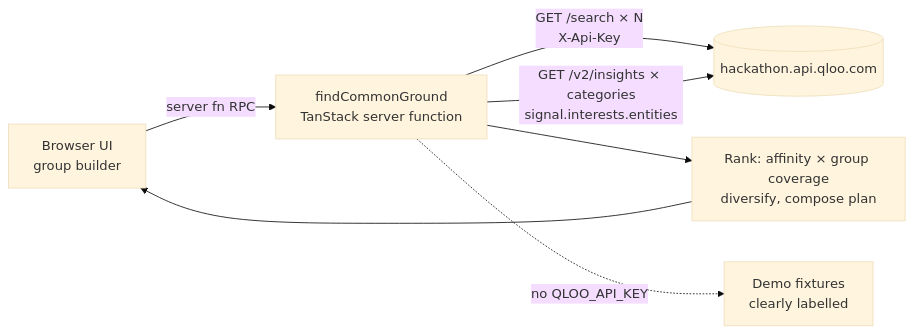
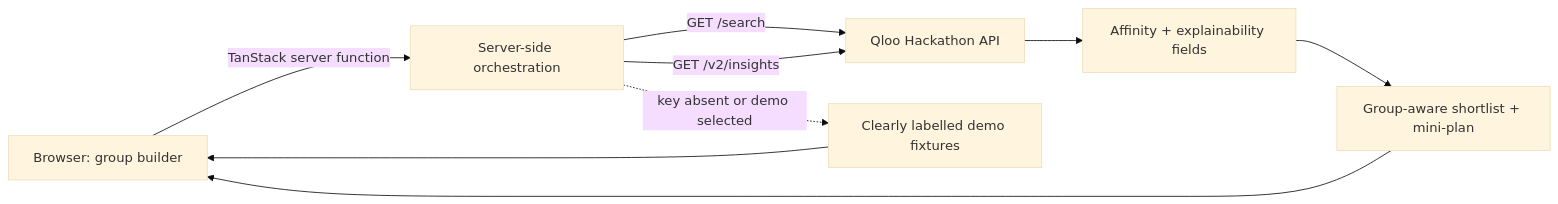
Before and after one commit to LeadForge/shared-taste-scout: the diagram in README.md, drawn with Mermaid (base theme). The commit also changed other lines of this file, not shown here.

Commit message:
docs: add complete local setup and Qloo configuration guide

````diff
--- a/README.md
+++ b/README.md
@@ -8,9 +29,11 @@
 ```mermaid
 flowchart LR
-  B[Browser UI<br/>group builder] -->|server fn RPC| S[findCommonGround<br/>TanStack server function]
-  S -->|GET /search × N<br/>X-Api-Key| Q[(hackathon.api.qloo.com)]
-  S -->|GET /v2/insights × categories<br/>signal.interests.entities| Q
-  S --> R[Rank: affinity × group coverage<br/>diversify, compose plan]
-  R --> B
-  S -.no QLOO_API_KEY.-> D[Demo fixtures<br/>clearly labelled]
+  A[Browser: group builder] -->|TanStack server function| B[Server-side orchestration]
+  B -->|GET /search| C[Qloo Hackathon API]
+  B -->|GET /v2/insights| C
+  C --> D[Affinity + explainability fields]
+  D --> E[Group-aware shortlist + mini-plan]
+  E --> A
+  B -. key absent or demo selected .-> F[Clearly labelled demo fixtures]
+  F --> A
 ```
````
